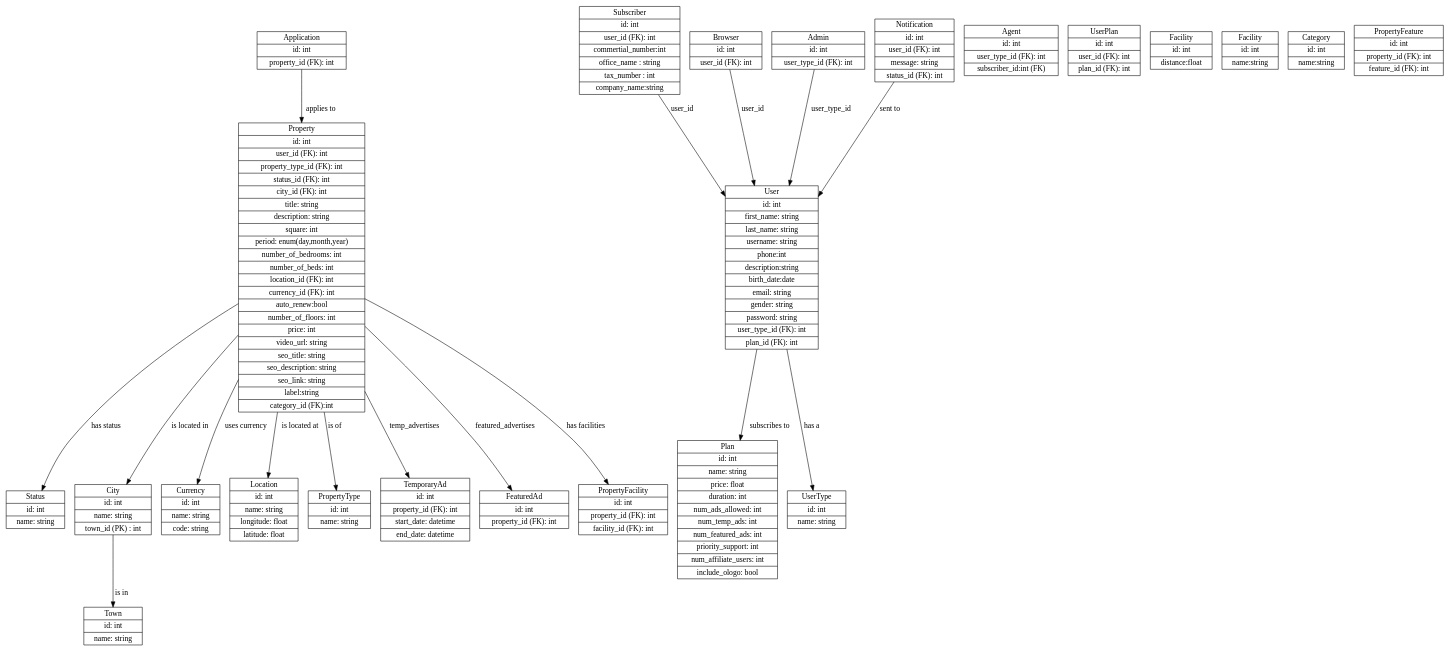
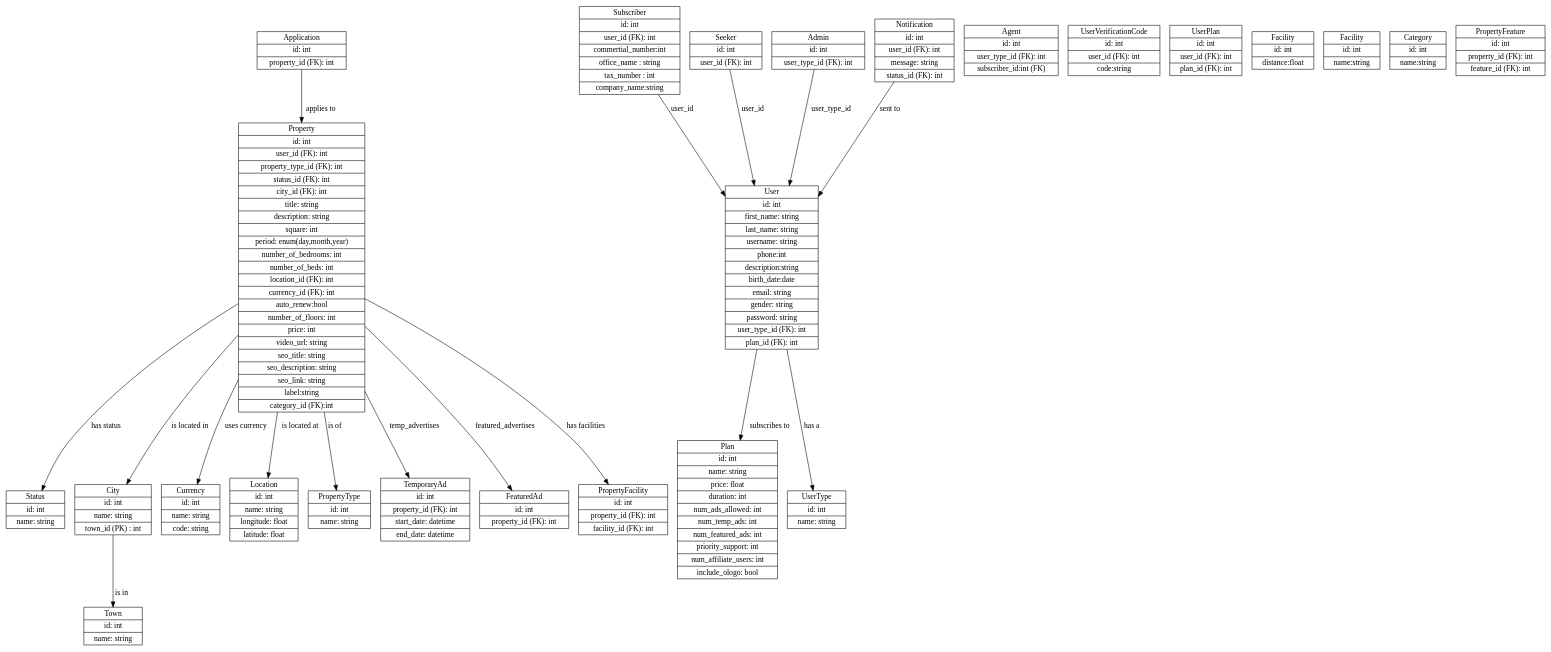
The diagram in schema.dot (munthir100/real-estate-application), drawn with Graphviz before and after one commit. The commit also changed 29 other files, not shown here.

Commit message:
add email verification in login and edit the name of Browser model to Seeker

```diff
--- a/schema.dot
+++ b/schema.dot
@@ -1,91 +1,92 @@
 digraph UML_Diagram {
     node [shape = record;];
     Status [label = "{Status | id: int | name: string}";];
     
     // Town
     Town [label = "{Town | id: int | name: string}";];
     
     // City
     City [label = "{City | id: int | name: string | town_id (PK) : int}";];
     
     // Currency
     Currency [label = "{Currency | id: int | name: string | code: string}";];
     
     // Subscription Plan
     Plan [label = "{Plan | id: int | name: string | price: float | duration: int | num_ads_allowed: int | num_temp_ads: int | num_featured_ads: int | priority_support: int | num_affiliate_users: int | include_ologo: bool}";];
     
     // Location
     Location [label = "{Location | id: int | name: string | longitude: float | latitude: float}";];
     
     // User Types
     UserType [label = "{UserType | id: int | name: string}";];
     
-    // subscriber - browser
+    // subscriber - Seeker
     User [label = "{User | id: int | first_name: string |last_name: string |username: string|phone:int|description:string|birth_date:date| email: string| gender: string | password: string | user_type_id (FK): int | plan_id (FK): int}";];
     // gender is enum male or female
     Subscriber [label = "{Subscriber | id: int | user_id (FK): int | commertial_number:int | office_name : string | tax_number : int|company_name:string }";];
-    Browser [label = "{Browser | id: int | user_id (FK): int}";];
+    Seeker [label = "{Seeker | id: int | user_id (FK): int}";];
     Agent [label = "{Agent | id: int | user_id (FK): int | subscriber_id (FK) : int | ceo:string}";];
     Admin [label = "{Admin | id: int | user_type_id (FK): int}";];
     Agent [label = "{Agent | id: int | user_type_id (FK): int | subscriber_id:int (FK)}";];
+    UserVerificationCode [label = "{UserVerificationCode | id: int | user_id (FK): int | code:string}";];
     
     // Property Advertisement
     PropertyType [label = "{PropertyType | id: int | name: string}";];
     
     // User Plan
     UserPlan [label = "{UserPlan | id: int | user_id (FK): int | plan_id (FK): int}";];
     
     // Purchase - rent - investment
     Property [label = "{Property | id: int | user_id (FK): int | property_type_id (FK): int | status_id (FK): int | city_id (FK): int | title: string | description: string| square: int | period: enum(day,month,year) | number_of_bedrooms: int | number_of_beds: int | location_id (FK): int | currency_id (FK): int |auto_renew:bool| number_of_floors: int | price: int | video_url: string | seo_title: string | seo_description: string | seo_link: string|label:string|category_id (FK):int}";];
     
     TemporaryAd [label = "{TemporaryAd | id: int | property_id (FK): int | start_date: datetime | end_date: datetime}";];
     FeaturedAd [label = "{FeaturedAd | id: int | property_id (FK): int}";];
     
     // Real Estate Applications
     Application [label = "{Application | id: int | property_id (FK): int}";];
     
     // Facility
     Facility [label = "{Facility | id: int | distance:float}";];
     
     // Facility
     Feature [label = "{Facility | id: int | name:string}";];
     
     
     // Facility
     Category [label = "{Category | id: int | name:string}";];
     
     // PropertyFacility
     PropertyFacility [label = "{PropertyFacility | id: int | property_id (FK): int | facility_id (FK): int}";];
     
     // PropertyFeature
     PropertyFeature [label = "{PropertyFeature | id: int | property_id (FK): int | feature_id (FK): int}";];
     
     // Notification
     Notification [label = "{Notification | id: int | user_id (FK): int | message: string | status_id (FK): int}";];
     
     // User Relationships
     User -> UserType [label = "has a";];
     User -> Plan [label = "subscribes to";];
     Subscriber -> User [label = "user_id";];
-    Browser -> User [label = "user_id";];
+    Seeker -> User [label = "user_id";];
     Admin -> User [label = "user_type_id";];
     
     // Property Relationships
     Property -> PropertyType [label = "is of";];
     Property -> Status [label = "has status";];
     Property -> TemporaryAd [label = "temp_advertises";];
     Property -> FeaturedAd [label = "featured_advertises";];
     Property -> PropertyFacility [label = "has facilities";];
     
     // Real Estate Applications Relationships
     Application -> Property [label = "applies to";];
     Property -> Location [label = "is located at";];
     Property -> Currency [label = "uses currency";];
     
     // City Relationships
     City -> Town [label = "is in";];
     Property -> City [label = "is located in";];
     
     // Notification Relationships
     Notification -> User [label = "sent to";];
 }
```
